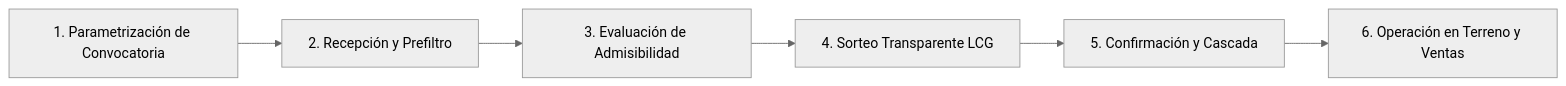
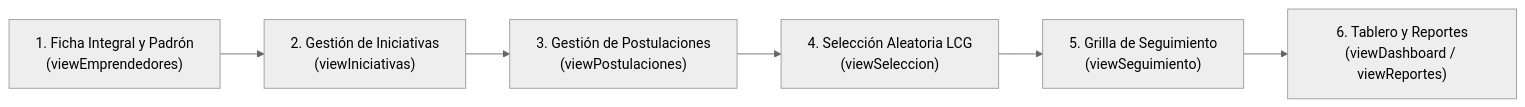
Before and after one commit to msegovia1/Proyecto-App-script-Emprendimiento: the first of 3 diagrams in ENTREGA_INFORMATICA/02_FLUJOGRAMA_PROCESO_FUNCIONARIOS.md, drawn with Mermaid (neutral theme). The commit also changed other lines of this file and 6 other files, not shown here.

````diff
--- a/ENTREGA_INFORMATICA/02_FLUJOGRAMA_PROCESO_FUNCIONARIOS.md
+++ b/ENTREGA_INFORMATICA/02_FLUJOGRAMA_PROCESO_FUNCIONARIOS.md
@@ -14,8 +15,8 @@
 ```mermaid
 flowchart LR
-    E1["1. Parametrización de Convocatoria"] --> E2["2. Recepción y Prefiltro"]
-    E2 --> E3["3. Evaluación de Admisibilidad"]
-    E3 --> E4["4. Sorteo Transparente LCG"]
-    E4 --> E5["5. Confirmación y Cascada"]
-    E5 --> E6["6. Operación en Terreno y Ventas"]
+    M1["1. Ficha Integral y Padrón<br/>(viewEmprendedores)"] --> M2["2. Gestión de Iniciativas<br/>(viewIniciativas)"]
+    M2 --> M3["3. Gestión de Postulaciones<br/>(viewPostulaciones)"]
+    M3 --> M4["4. Selección Aleatoria LCG<br/>(viewSeleccion)"]
+    M4 --> M5["5. Grilla de Seguimiento<br/>(viewSeguimiento)"]
+    M5 --> M6["6. Tablero y Reportes<br/>(viewDashboard / viewReportes)"]
 ```
````
